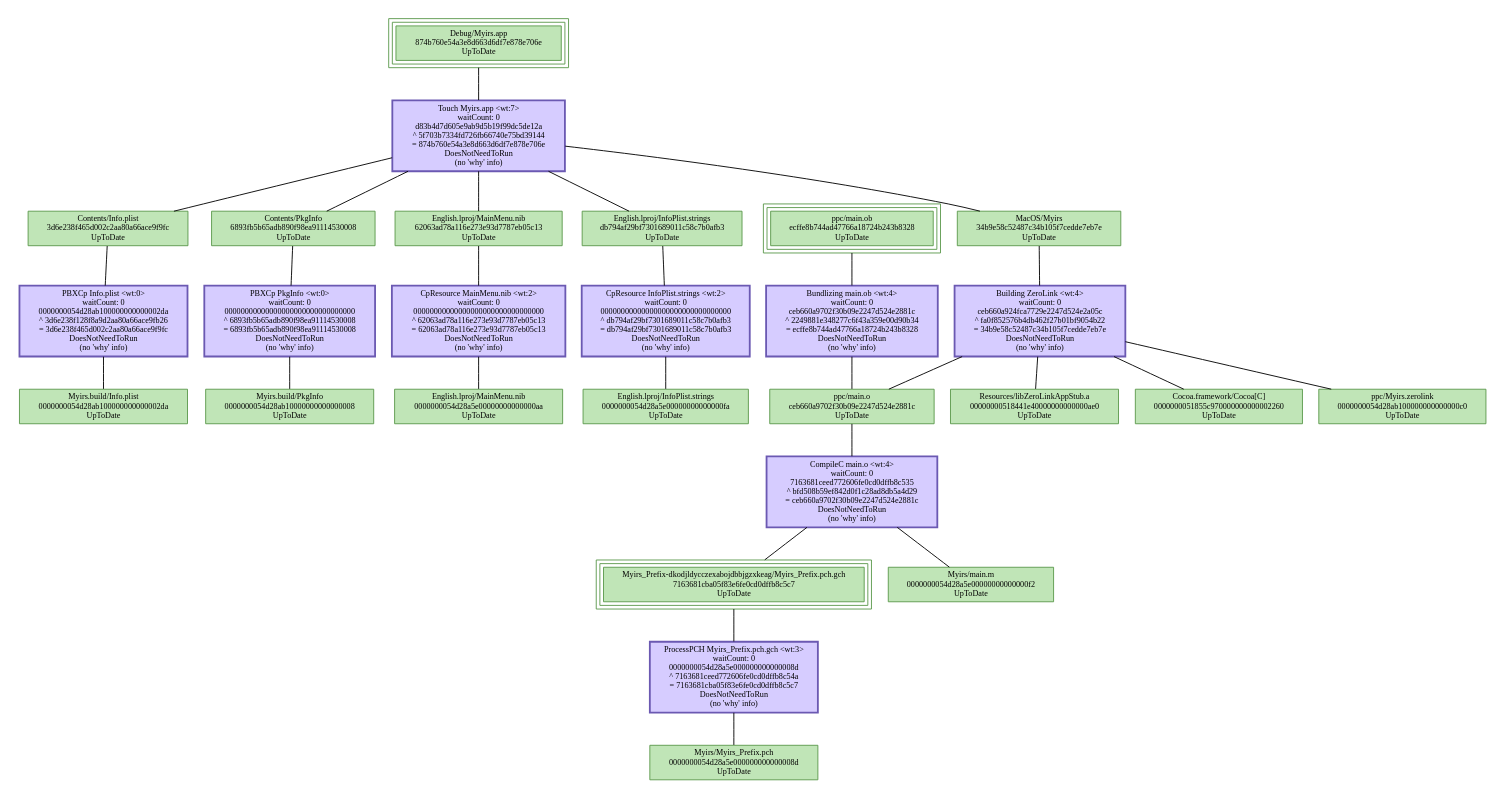
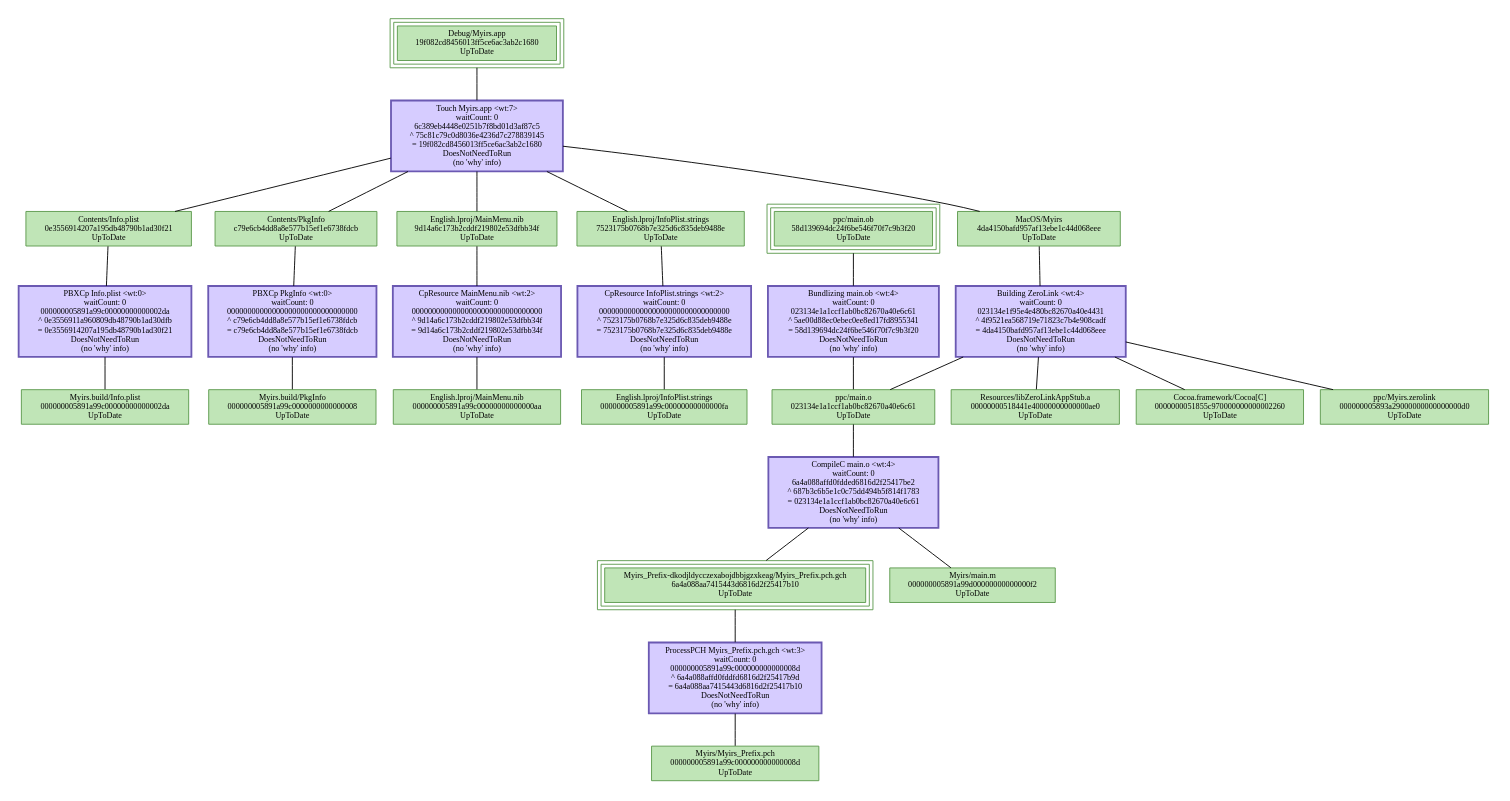
Before and after one commit to jreus/imac: the diagram in Cocoa/Myirs/build/Myirs.build/Debug/Myirs.build/Myirs-after.dot, drawn with Graphviz. The commit also changed 93 other files, not shown here.

Commit message:
cocoa build files, new applescript info, archive of screenshots

```diff
--- a/Cocoa/Myirs/build/Myirs.build/Debug/Myirs.build/Myirs-after.dot
+++ b/Cocoa/Myirs/build/Myirs.build/Debug/Myirs.build/Myirs-after.dot
@@ -1,57 +1,57 @@
 digraph Myirs {
    size = "10.000000,8.500000";
    concentrate = false;
 
    node [ shape = box, style = filled, color = "0.3 0.5 0.6", fillcolor = "0.3 0.2 0.9", fontname = "Monaco", fontsize = "9" ];
-   n00001 [ label = "Debug/Myirs.app\n874b760e54a3e8d663d6df7e878e706e\nUpToDate", peripheries = 3 ];
-   n00002 [ label = "Contents/Info.plist\n3d6e238f465d002c2aa80a66ace9f9fc\nUpToDate" ];
-   n00003 [ label = "Myirs.build/Info.plist\n0000000054d28ab100000000000002da\nUpToDate" ];
-   n00004 [ label = "Contents/PkgInfo\n6893fb5b65adb890f98ea91114530008\nUpToDate" ];
-   n00005 [ label = "Myirs.build/PkgInfo\n0000000054d28ab10000000000000008\nUpToDate" ];
-   n00006 [ label = "English.lproj/MainMenu.nib\n62063ad78a116e273e93d7787eb05c13\nUpToDate" ];
-   n00007 [ label = "English.lproj/MainMenu.nib\n0000000054d28a5e00000000000000aa\nUpToDate" ];
-   n00008 [ label = "English.lproj/InfoPlist.strings\ndb794af29bf7301689011c58c7b0afb3\nUpToDate" ];
-   n00009 [ label = "English.lproj/InfoPlist.strings\n0000000054d28a5e00000000000000fa\nUpToDate" ];
-   n00010 [ label = "ppc/main.o\nceb660a9702f30b09e2247d524e2881c\nUpToDate" ];
-   n00011 [ label = "Myirs/Myirs_Prefix.pch\n0000000054d28a5e000000000000008d\nUpToDate" ];
-   n00012 [ label = "Myirs_Prefix-dkodjldycczexabojdbbjgzxkeag/Myirs_Prefix.pch.gch\n7163681cba05f83e6fe0cd0dffb8c5c7\nUpToDate", peripheries = 3 ];
-   n00013 [ label = "Myirs/main.m\n0000000054d28a5e00000000000000f2\nUpToDate" ];
-   n00014 [ label = "MacOS/Myirs\n34b9e58c52487c34b105f7cedde7eb7e\nUpToDate" ];
-   n00015 [ label = "ppc/main.ob\necffe8b744ad47766a18724b243b8328\nUpToDate", peripheries = 3 ];
+   n00001 [ label = "Debug/Myirs.app\n19f082cd8456013ff5ce6ac3ab2c1680\nUpToDate", peripheries = 3 ];
+   n00002 [ label = "Contents/Info.plist\n0e3556914207a195db48790b1ad30f21\nUpToDate" ];
+   n00003 [ label = "Myirs.build/Info.plist\n000000005891a99c00000000000002da\nUpToDate" ];
+   n00004 [ label = "Contents/PkgInfo\nc79e6cb4dd8a8e577b15ef1e6738fdcb\nUpToDate" ];
+   n00005 [ label = "Myirs.build/PkgInfo\n000000005891a99c0000000000000008\nUpToDate" ];
+   n00006 [ label = "English.lproj/MainMenu.nib\n9d14a6c173b2cddf219802e53dfbb34f\nUpToDate" ];
+   n00007 [ label = "English.lproj/MainMenu.nib\n000000005891a99c00000000000000aa\nUpToDate" ];
+   n00008 [ label = "English.lproj/InfoPlist.strings\n7523175b0768b7e325d6c835deb9488e\nUpToDate" ];
+   n00009 [ label = "English.lproj/InfoPlist.strings\n000000005891a99c00000000000000fa\nUpToDate" ];
+   n00010 [ label = "ppc/main.o\n023134e1a1ccf1ab0bc82670a40e6c61\nUpToDate" ];
+   n00011 [ label = "Myirs/Myirs_Prefix.pch\n000000005891a99c000000000000008d\nUpToDate" ];
+   n00012 [ label = "Myirs_Prefix-dkodjldycczexabojdbbjgzxkeag/Myirs_Prefix.pch.gch\n6a4a088aa7415443d6816d2f25417b10\nUpToDate", peripheries = 3 ];
+   n00013 [ label = "Myirs/main.m\n000000005891a99d00000000000000f2\nUpToDate" ];
+   n00014 [ label = "MacOS/Myirs\n4da4150bafd957af13ebe1c44d068eee\nUpToDate" ];
+   n00015 [ label = "ppc/main.ob\n58d139694dc24f6be546f70f7c9b3f20\nUpToDate", peripheries = 3 ];
    n00016 [ label = "Resources/libZeroLinkAppStub.a\n00000000518441e40000000000000ae0\nUpToDate" ];
    n00017 [ label = "Cocoa.framework/Cocoa[C]\n0000000051855c970000000000002260\nUpToDate" ];
-   n00018 [ label = "ppc/Myirs.zerolink\n0000000054d28ab100000000000000c0\nUpToDate" ];
+   n00018 [ label = "ppc/Myirs.zerolink\n000000005893a29000000000000000d0\nUpToDate" ];
 
    node [ shape = box, style = "filled,bold", color = "0.7 0.5 0.7", fillcolor = "0.7 0.2 1.0", fontname = "Monaco", fontsize = "9" ];
-   c00001 [ label = "PBXCp Info.plist <wt:0>\nwaitCount: 0\n0000000054d28ab100000000000002da\n^ 3d6e238f128f8a9d2aa80a66ace9fb26\n= 3d6e238f465d002c2aa80a66ace9f9fc\nDoesNotNeedToRun\n(no 'why' info)" ];
-   c00002 [ label = "PBXCp PkgInfo <wt:0>\nwaitCount: 0\n00000000000000000000000000000000\n^ 6893fb5b65adb890f98ea91114530008\n= 6893fb5b65adb890f98ea91114530008\nDoesNotNeedToRun\n(no 'why' info)" ];
-   c00003 [ label = "CpResource MainMenu.nib <wt:2>\nwaitCount: 0\n00000000000000000000000000000000\n^ 62063ad78a116e273e93d7787eb05c13\n= 62063ad78a116e273e93d7787eb05c13\nDoesNotNeedToRun\n(no 'why' info)" ];
-   c00004 [ label = "CpResource InfoPlist.strings <wt:2>\nwaitCount: 0\n00000000000000000000000000000000\n^ db794af29bf7301689011c58c7b0afb3\n= db794af29bf7301689011c58c7b0afb3\nDoesNotNeedToRun\n(no 'why' info)" ];
-   c00005 [ label = "CompileC main.o <wt:4>\nwaitCount: 0\n7163681ceed772606fe0cd0dffb8c535\n^ bfd508b59ef842d0f1c28ad8db5a4d29\n= ceb660a9702f30b09e2247d524e2881c\nDoesNotNeedToRun\n(no 'why' info)" ];
-   c00006 [ label = "ProcessPCH Myirs_Prefix.pch.gch <wt:3>\nwaitCount: 0\n0000000054d28a5e000000000000008d\n^ 7163681ceed772606fe0cd0dffb8c54a\n= 7163681cba05f83e6fe0cd0dffb8c5c7\nDoesNotNeedToRun\n(no 'why' info)" ];
-   c00007 [ label = "Bundlizing main.ob <wt:4>\nwaitCount: 0\nceb660a9702f30b09e2247d524e2881c\n^ 2249881e348277c6f43a359e00d90b34\n= ecffe8b744ad47766a18724b243b8328\nDoesNotNeedToRun\n(no 'why' info)" ];
-   c00008 [ label = "Building ZeroLink <wt:4>\nwaitCount: 0\nceb660a924fca7729e2247d524e2a05c\n^ fa0f852576b4db462f27b01bf9054b22\n= 34b9e58c52487c34b105f7cedde7eb7e\nDoesNotNeedToRun\n(no 'why' info)" ];
-   c00009 [ label = "Touch Myirs.app <wt:7>\nwaitCount: 0\nd83b4d7d605e9ab9d5b19f99dc5de12a\n^ 5f703b7334fd726fb66740e75bd39144\n= 874b760e54a3e8d663d6df7e878e706e\nDoesNotNeedToRun\n(no 'why' info)" ];
+   c00001 [ label = "PBXCp Info.plist <wt:0>\nwaitCount: 0\n000000005891a99c00000000000002da\n^ 0e3556911a960809db48790b1ad30dfb\n= 0e3556914207a195db48790b1ad30f21\nDoesNotNeedToRun\n(no 'why' info)" ];
+   c00002 [ label = "PBXCp PkgInfo <wt:0>\nwaitCount: 0\n00000000000000000000000000000000\n^ c79e6cb4dd8a8e577b15ef1e6738fdcb\n= c79e6cb4dd8a8e577b15ef1e6738fdcb\nDoesNotNeedToRun\n(no 'why' info)" ];
+   c00003 [ label = "CpResource MainMenu.nib <wt:2>\nwaitCount: 0\n00000000000000000000000000000000\n^ 9d14a6c173b2cddf219802e53dfbb34f\n= 9d14a6c173b2cddf219802e53dfbb34f\nDoesNotNeedToRun\n(no 'why' info)" ];
+   c00004 [ label = "CpResource InfoPlist.strings <wt:2>\nwaitCount: 0\n00000000000000000000000000000000\n^ 7523175b0768b7e325d6c835deb9488e\n= 7523175b0768b7e325d6c835deb9488e\nDoesNotNeedToRun\n(no 'why' info)" ];
+   c00005 [ label = "CompileC main.o <wt:4>\nwaitCount: 0\n6a4a088affd0fdded6816d2f25417be2\n^ 687b3c6b5e1c0c75dd494b5f814f1783\n= 023134e1a1ccf1ab0bc82670a40e6c61\nDoesNotNeedToRun\n(no 'why' info)" ];
+   c00006 [ label = "ProcessPCH Myirs_Prefix.pch.gch <wt:3>\nwaitCount: 0\n000000005891a99c000000000000008d\n^ 6a4a088affd0fddfd6816d2f25417b9d\n= 6a4a088aa7415443d6816d2f25417b10\nDoesNotNeedToRun\n(no 'why' info)" ];
+   c00007 [ label = "Bundlizing main.ob <wt:4>\nwaitCount: 0\n023134e1a1ccf1ab0bc82670a40e6c61\n^ 5ae00d88ec0ebec0ee8ed17fd8955341\n= 58d139694dc24f6be546f70f7c9b3f20\nDoesNotNeedToRun\n(no 'why' info)" ];
+   c00008 [ label = "Building ZeroLink <wt:4>\nwaitCount: 0\n023134e1f95e4e480bc82670a40e4431\n^ 4f9521ea568719e71823c7b4e908cadf\n= 4da4150bafd957af13ebe1c44d068eee\nDoesNotNeedToRun\n(no 'why' info)" ];
+   c00009 [ label = "Touch Myirs.app <wt:7>\nwaitCount: 0\n6c389eb4448e0251b7f8bd01d3af87c5\n^ 75c81c79c0d8036e4236d7c278839145\n= 19f082cd8456013ff5ce6ac3ab2c1680\nDoesNotNeedToRun\n(no 'why' info)" ];
 
    edge [ style = solid, color = black, arrowhead = none, arrowtail = normal ];
    n00001 -> { c00009 };
    n00002 -> { c00001 };
    n00004 -> { c00002 };
    n00006 -> { c00003 };
    n00008 -> { c00004 };
    n00010 -> { c00005 };
    n00012 -> { c00006 };
    n00014 -> { c00008 };
    n00015 -> { c00007 };
    c00001 -> { n00003 };
    c00002 -> { n00005 n00005 };
    c00003 -> { n00007 n00007 };
    c00004 -> { n00009 n00009 };
    c00005 -> { n00012 n00013 };
    c00006 -> { n00011 };
    c00007 -> { n00010 };
    c00008 -> { n00010 n00016 n00017 n00018 };
    c00009 -> { n00002 n00004 n00006 n00008 n00014 };
 
    edge [ style = solid, color = gray60, arrowhead = none, arrowtail = normal ];
 }
```
